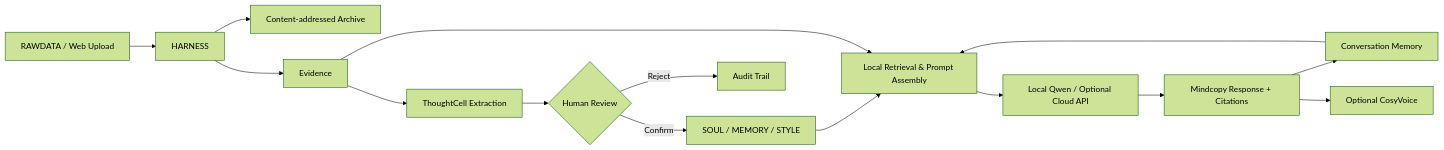
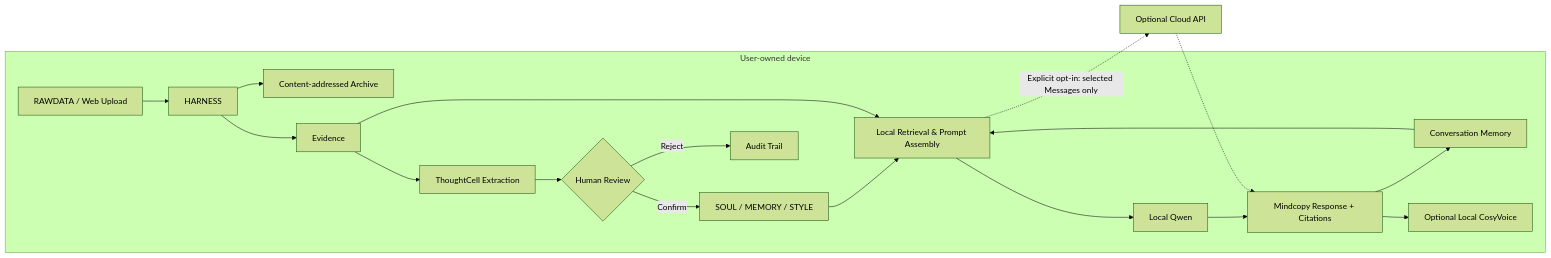
One commit to EverlastingAI-Official/LifeContextOS changed the second of 2 diagrams in README.md. Above: the diagram before and after it, drawn with Mermaid (forest theme). The commit also changed other lines of this file, not shown here.

````diff
--- a/README.md
+++ b/README.md
@@ -340,17 +492,21 @@
 ```mermaid
 flowchart LR
-    A["RAWDATA / Web Upload"] --> B["HARNESS"]
-    B --> C["Content-addressed Archive"]
-    B --> D["Evidence"]
-    D --> E["ThoughtCell Extraction"]
-    E --> F{"Human Review"}
-    F -->|Confirm| G["SOUL / MEMORY / STYLE"]
-    F -->|Reject| H["Audit Trail"]
-    G --> I["Local Retrieval & Prompt Assembly"]
-    D --> I
-    J["Conversation Memory"] --> I
-    I --> K["Local Qwen / Optional Cloud API"]
-    K --> L["Mindcopy Response + Citations"]
-    L --> J
-    L --> M["Optional CosyVoice"]
+    subgraph DEVICE["User-owned device"]
+        A["RAWDATA / Web Upload"] --> B["HARNESS"]
+        B --> C["Content-addressed Archive"]
+        B --> D["Evidence"]
+        D --> E["ThoughtCell Extraction"]
+        E --> F{"Human Review"}
+        F -->|Confirm| G["SOUL / MEMORY / STYLE"]
+        F -->|Reject| H["Audit Trail"]
+        G --> I["Local Retrieval & Prompt Assembly"]
+        D --> I
+        J["Conversation Memory"] --> I
+        I --> K["Local Qwen"]
+        K --> L["Mindcopy Response + Citations"]
+        L --> J
+        L --> M["Optional Local CosyVoice"]
+    end
+    I -. "Explicit opt-in: selected Messages only" .-> N["Optional Cloud API"]
+    N -.-> L
 ```
````
